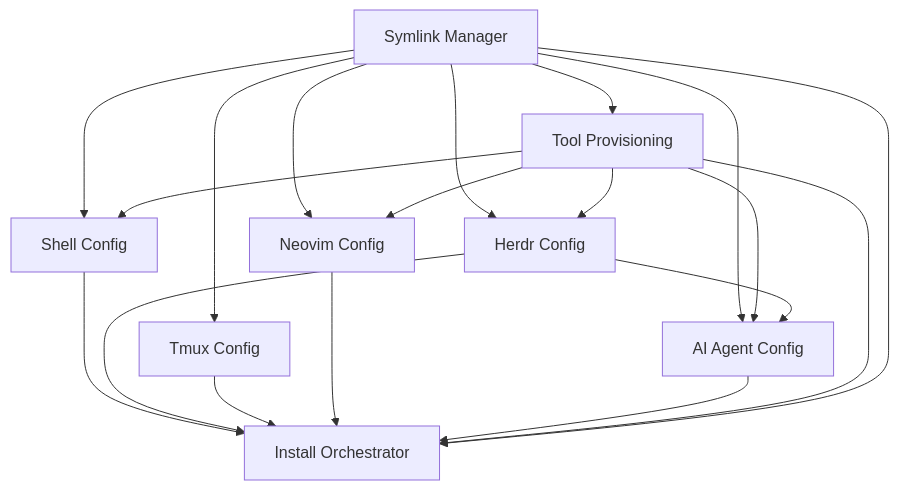
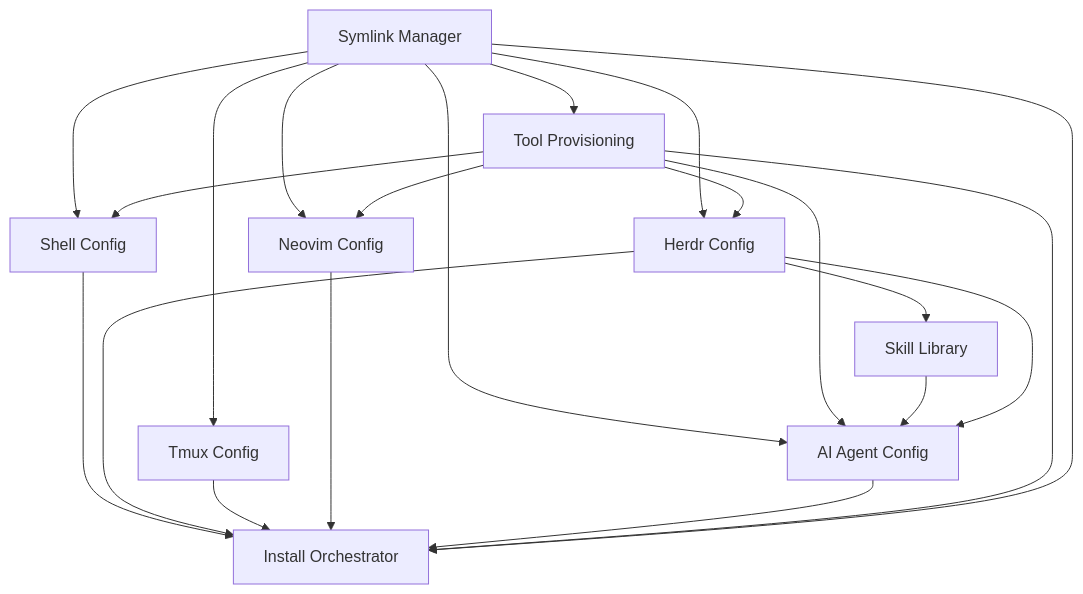
Before and after one commit to mtomcal/dotfiles: the diagram in specs/README.md, drawn with Mermaid. The commit also changed other lines of this file and 6 other files, not shown here.

Commit message:
Add Skill Library specification

````diff
--- a/specs/README.md
+++ b/specs/README.md
@@ -65,21 +67,23 @@
 ```mermaid
 graph TD
     symlink[Symlink Manager] --> tool[Tool Provisioning]
     symlink --> shell[Shell Config]
     symlink --> herdr[Herdr Config]
     symlink --> tmux[Tmux Config]
     symlink --> nvim[Neovim Config]
     symlink --> ai[AI Agent Config]
     tool --> shell
     tool --> herdr
     tool --> nvim
     tool --> ai
+    herdr --> skill[Skill Library]
+    skill --> ai
     herdr --> ai
     shell --> install[Install Orchestrator]
     herdr --> install
     tmux --> install
     nvim --> install
     ai --> install
     tool --> install
     symlink --> install
 ```
````
